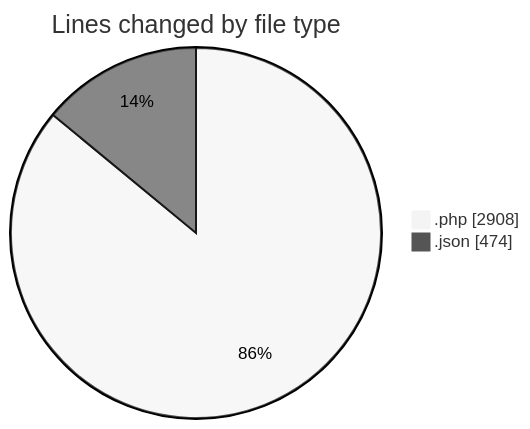
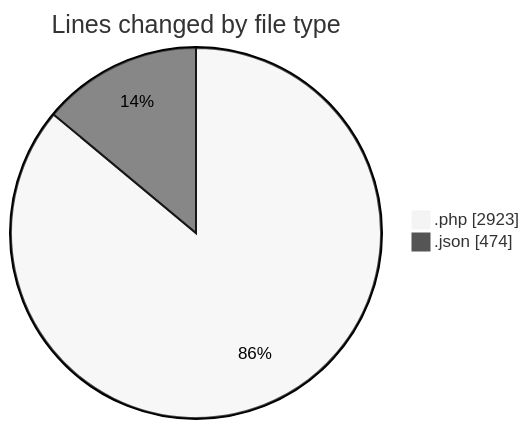
Before and after one commit to idhammustaqopulfikri/code-tracking: the first of 2 diagrams in 2025-06-16/studio-backend/README.md, drawn with Mermaid (neutral theme). The commit also changed other lines of this file and 1 other file, not shown here.

````diff
--- a/2025-06-16/studio-backend/README.md
+++ b/2025-06-16/studio-backend/README.md
@@ -36,6 +36,6 @@
 ```mermaid
 pie showData
 title Lines changed by file type
-".php" : 2908
+".php" : 2923
 ".json" : 474
 ```
````
